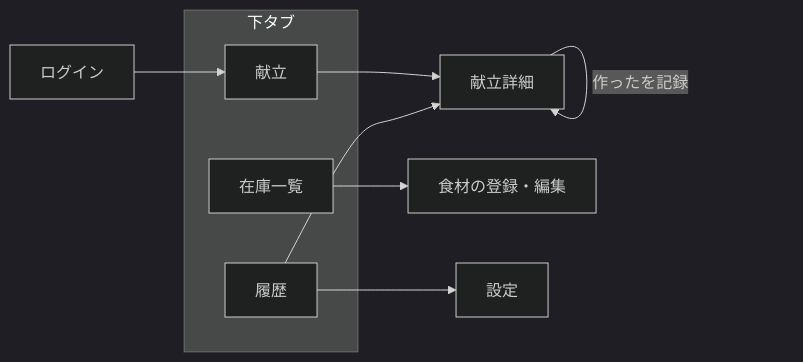
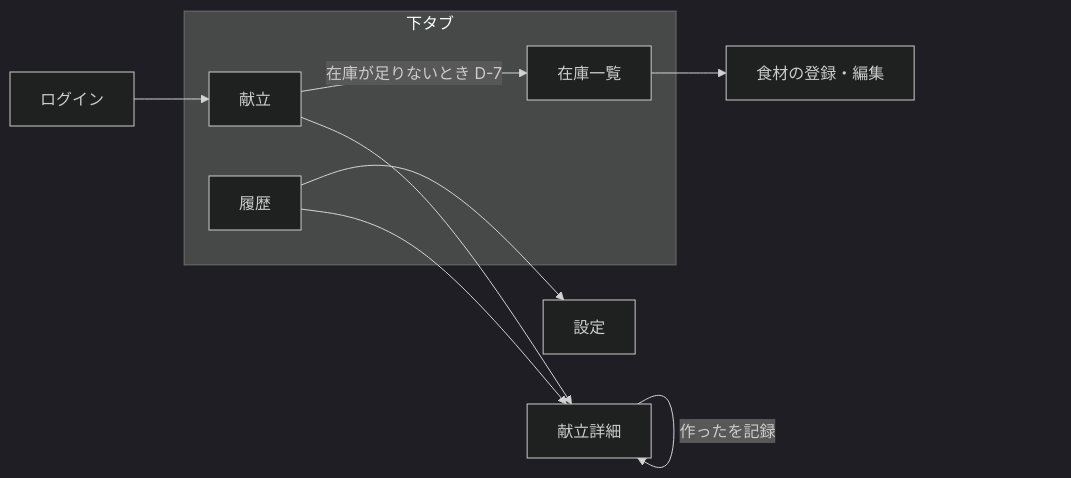
The diagram in docs/screen-design.md (tkdev106/fridge-to-meal), drawn with Mermaid (dark theme) before and after one commit. The commit also changed other lines of this file and 3 other files, not shown here.

````diff
--- a/docs/screen-design.md
+++ b/docs/screen-design.md
@@ -86,14 +86,15 @@
 ```mermaid
 flowchart LR
   login[ログイン] --> meals
   subgraph tabs[下タブ]
     meals[献立]
     pantry[在庫一覧]
     history[履歴]
   end
   meals --> detail[献立詳細]
+  meals -->|在庫が足りないとき D-7| pantry
   history --> detail
   pantry --> edit[食材の登録・編集]
   history --> settings[設定]
   detail -->|作ったを記録| detail
 ```
````
